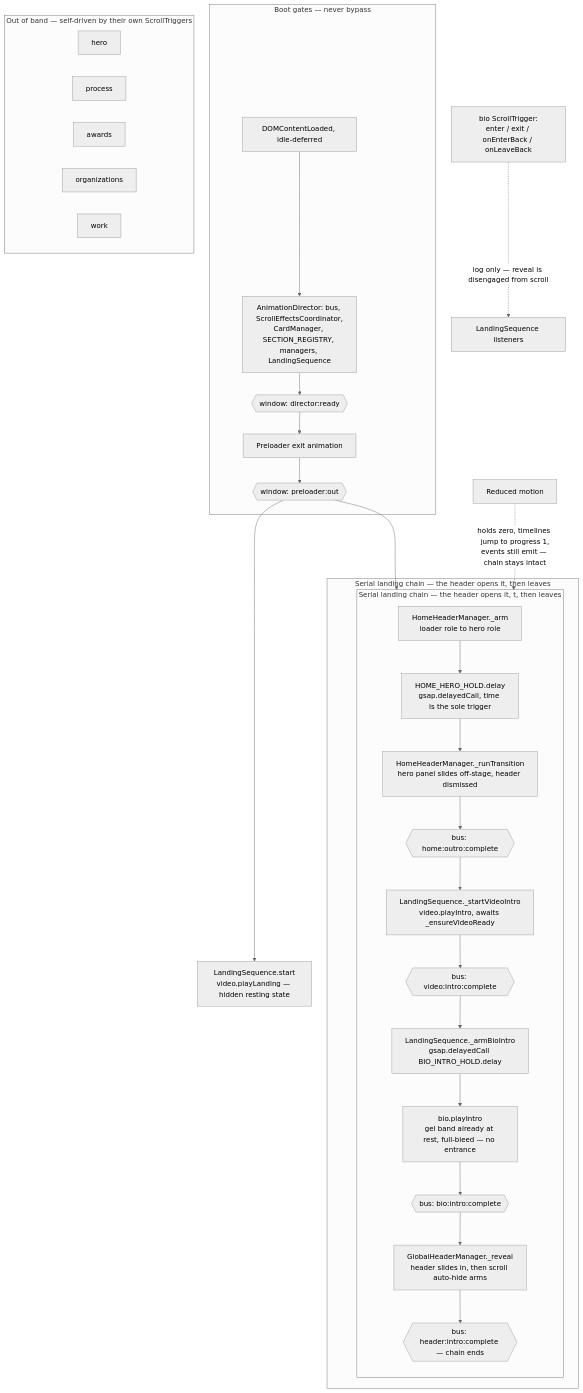
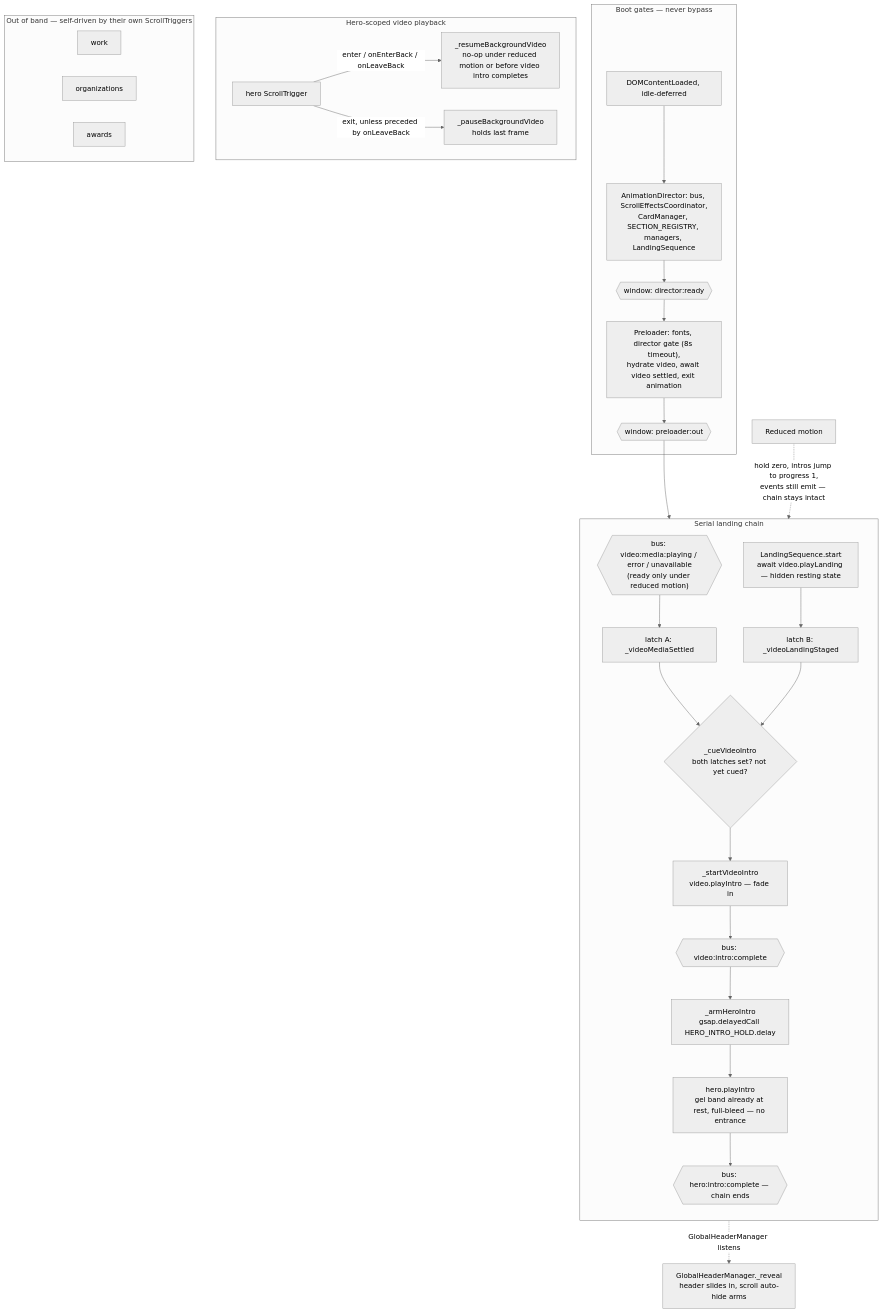
The second of 2 diagrams in assets/js/choreography/templates/landing/LandingSequence.md (datainkio/dataink.io), drawn with Mermaid (neutral theme) before and after one commit. The commit also changed other lines of this file and 201 other files, not shown here.

````diff
--- a/assets/js/choreography/templates/landing/LandingSequence.md
+++ b/assets/js/choreography/templates/landing/LandingSequence.md
@@ -35,44 +127,40 @@
 ```mermaid
----
-id: 203d9974-a23a-483a-8c76-d8d3354cd124
----
 flowchart TD
     subgraph boot["Boot gates — never bypass"]
         DCL["DOMContentLoaded, idle-deferred"] --> AD["AnimationDirector: bus, ScrollEffectsCoordinator,<br/>CardManager, SECTION_REGISTRY, managers, LandingSequence"]
         AD --> DR{{"window: director:ready"}}
-        DR --> PRE["Preloader exit animation"]
+        DR --> PRE["Preloader: fonts, director gate (8s timeout),<br/>hydrate video, await video settled, exit animation"]
         PRE --> PO{{"window: preloader:out"}}
     end
 
-    PO --> LS["LandingSequence.start<br/>video.playLanding — hidden resting state"]
-    PO --> ARM["HomeHeaderManager._arm<br/>loader role to hero role"]
+    subgraph chain["Serial landing chain"]
+        direction TB
+        VS{{"bus: video:media:playing / error / unavailable<br/>(ready only under reduced motion)"}} --> LA["latch A: _videoMediaSettled"]
+        PO --> START["LandingSequence.start<br/>await video.playLanding — hidden resting state"]
+        START --> LB["latch B: _videoLandingStaged"]
+        LA --> CUE{"_cueVideoIntro<br/>both latches set? not yet cued?"}
+        LB --> CUE
+        CUE --> VID["_startVideoIntro<br/>video.playIntro — fade in"]
+        VID --> VIC{{"bus: video:intro:complete"}}
+        VIC --> BEAT["_armHeroIntro<br/>gsap.delayedCall HERO_INTRO_HOLD.delay"]
+        BEAT --> HERO["hero.playIntro<br/>gel band already at rest, full-bleed — no entrance"]
+        HERO --> BIC{{"bus: hero:intro:complete — chain ends"}}
+    end
 
-    subgraph chain["Serial landing chain — the header opens it, then leaves"]
-        subgraph chain_inner["Serial landing chain — the header opens it, t, then leaves"]
-            direction TB
-            ARM --> HOLD["HOME_HERO_HOLD.delay<br/>gsap.delayedCall, time is the sole trigger"]
-            HOLD --> DECON["HomeHeaderManager._runTransition<br/>hero panel slides off-stage, header dismissed"]
-            DECON --> HOC{{"bus: home:outro:complete"}}
-            HOC --> VID["LandingSequence._startVideoIntro<br/>video.playIntro, awaits _ensureVideoReady"]
-            VID --> VIC{{"bus: video:intro:complete"}}
-            VIC --> BEAT["LandingSequence._armBioIntro<br/>gsap.delayedCall BIO_INTRO_HOLD.delay"]
-            BEAT --> BIO["bio.playIntro<br/>gel band already at rest, full-bleed — no entrance"]
-            BIO --> BIC{{"bus: bio:intro:complete"}}
-            BIC --> HDR["GlobalHeaderManager._reveal<br/>header slides in, then scroll auto-hide arms"]
-            HDR --> HIC{{"bus: header:intro:complete — chain ends"}}
-        end
+    BIC -.->|"GlobalHeaderManager listens"| HDR["GlobalHeaderManager._reveal<br/>header slides in, scroll auto-hide arms"]
+
+    subgraph gate["Hero-scoped video playback"]
+        direction LR
+        HEROST["hero ScrollTrigger"] -->|"enter / onEnterBack / onLeaveBack"| RES["_resumeBackgroundVideo<br/>no-op under reduced motion or before video intro completes"]
+        HEROST -->|"exit, unless preceded by onLeaveBack"| PAU["_pauseBackgroundVideo<br/>holds last frame"]
     end
 
     subgraph scroll["Out of band — self-driven by their own ScrollTriggers"]
         direction LR
-        HERO["hero"]
-        PROC["process"]
+        WORK["work"]
+        ORGS["organizations"]
         AWARDS["awards"]
-        ORGS["organizations"]
-        WORK["work"]
     end
 
-    BIOST["bio ScrollTrigger:<br/>enter / exit / onEnterBack / onLeaveBack"] -.->|"log only — reveal is disengaged from scroll"| LSOBS["LandingSequence listeners"]
-
-    RM["Reduced motion"] -.->|"holds zero, timelines jump to progress 1,<br/>events still emit — chain stays intact"| chain_inner
+    RM["Reduced motion"] -.->|"hold zero, intros jump to progress 1,<br/>events still emit — chain stays intact"| chain
 ```
````
